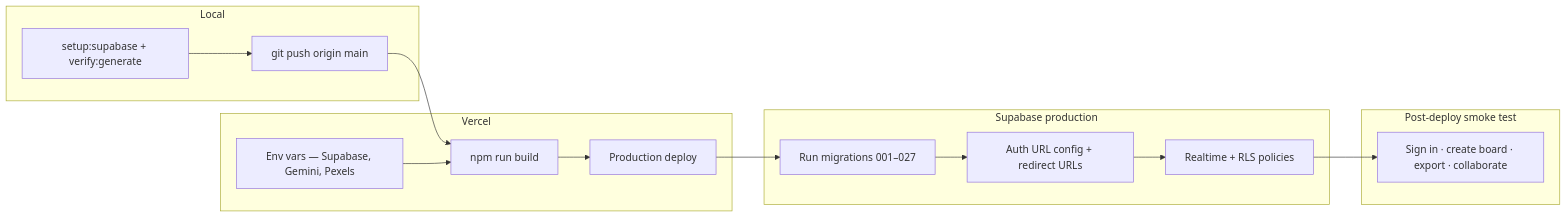
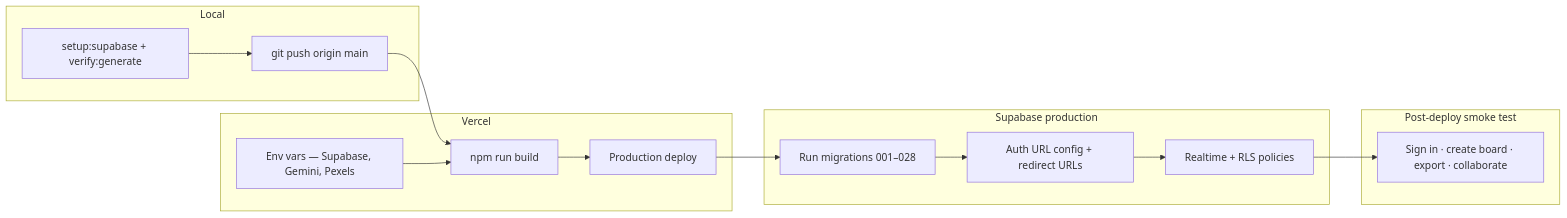
Before and after one commit to NehangPatel23/Moodboard-AI: the diagram in docs/DEPLOY.md, drawn with Mermaid. The commit also changed other lines of this file and 16 other files, not shown here.

````diff
--- a/docs/DEPLOY.md
+++ b/docs/DEPLOY.md
@@ -11,32 +11,32 @@
 ```mermaid
 flowchart LR
   subgraph local ["Local"]
     test["setup:supabase + verify:generate"]
     push["git push origin main"]
   end
 
   subgraph vercel ["Vercel"]
     build["npm run build"]
     env["Env vars — Supabase, Gemini, Pexels"]
     deploy["Production deploy"]
   end
 
   subgraph supabase ["Supabase production"]
-    mig["Run migrations 001–027"]
+    mig["Run migrations 001–028"]
     urls["Auth URL config + redirect URLs"]
     rt["Realtime + RLS policies"]
   end
 
   subgraph verify ["Post-deploy smoke test"]
     smoke["Sign in · create board · export · collaborate"]
   end
 
   test --> push
   push --> build
   env --> build
   build --> deploy
   deploy --> mig
   mig --> urls
   urls --> rt
   rt --> smoke
 ```
````
